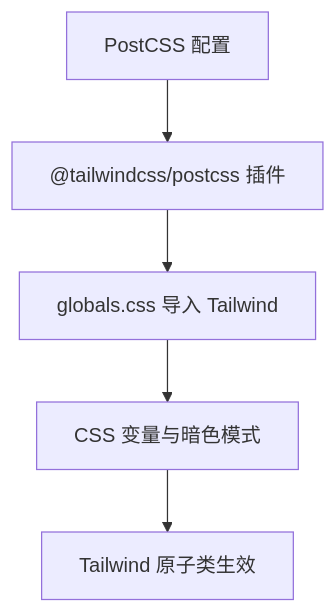
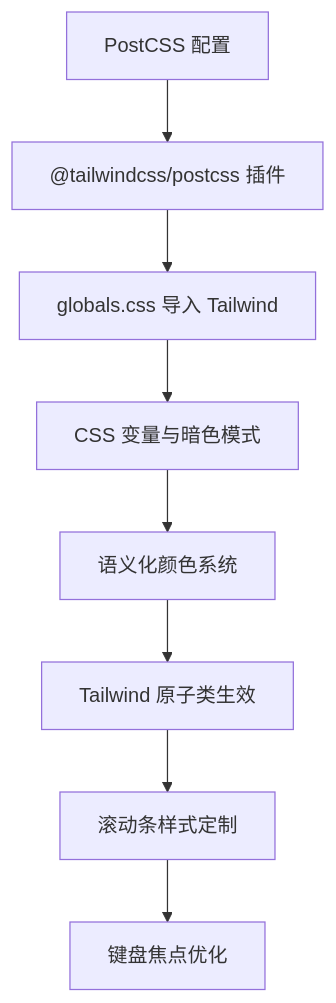
The eighth of 10 diagrams in .qoder/repowiki/zh/content/前端架构.md (ai-guru-global/agent-up), drawn with Mermaid before and after one commit. The commit also changed other lines of this file and 13 other files, not shown here.

````diff
--- a/.qoder/repowiki/zh/content/前端架构.md
+++ b/.qoder/repowiki/zh/content/前端架构.md
@@ -515,7 +575,10 @@
 ```mermaid
 flowchart TD
 A["PostCSS 配置"] --> B["@tailwindcss/postcss 插件"]
 B --> C["globals.css 导入 Tailwind"]
 C --> D["CSS 变量与暗色模式"]
-D --> E["Tailwind 原子类生效"]
+D --> E["语义化颜色系统"]
+E --> F["Tailwind 原子类生效"]
+F --> G["滚动条样式定制"]
+G --> H["键盘焦点优化"]
 ```
````
